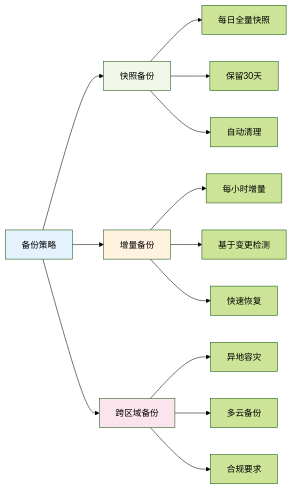
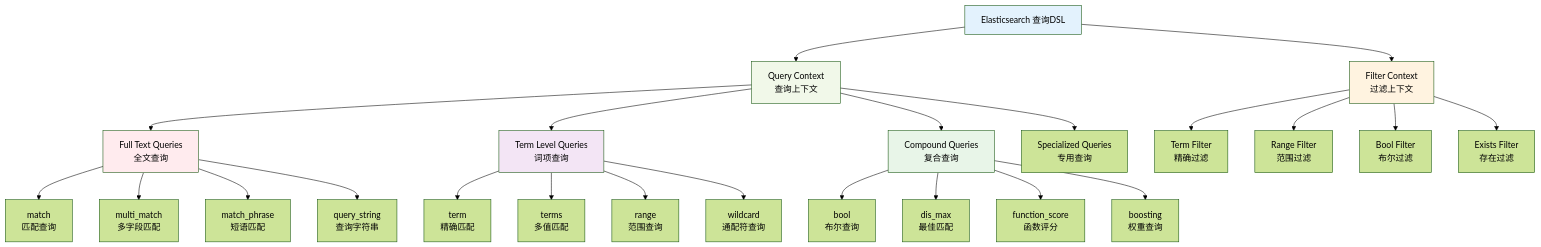
Before and after one commit to ralph-wren/TechStack-Handbook: diagram 20 of 30 in 32.elasticsearch.md, drawn with Mermaid (forest theme). The commit also changed other lines of this file and 2 other files, not shown here.

````diff
--- a/32.elasticsearch.md
+++ b/32.elasticsearch.md
@@ -1064,23 +1064,37 @@
 ```mermaid
-graph LR
-    A["备份策略"] --> B["快照备份"]
-    A --> C["增量备份"]
-    A --> D["跨区域备份"]
+graph TB
+    A["Elasticsearch 查询DSL"] --> B["Query Context<br/>查询上下文"]
+    A --> C["Filter Context<br/>过滤上下文"]
     
-    B --> B1["每日全量快照"]
-    B --> B2["保留30天"]
-    B --> B3["自动清理"]
+    B --> B1["Full Text Queries<br/>全文查询"]
+    B --> B2["Term Level Queries<br/>词项查询"]
+    B --> B3["Compound Queries<br/>复合查询"]
+    B --> B4["Specialized Queries<br/>专用查询"]
     
-    C --> C1["每小时增量"]
-    C --> C2["基于变更检测"]
-    C --> C3["快速恢复"]
+    C --> C1["Term Filter<br/>精确过滤"]
+    C --> C2["Range Filter<br/>范围过滤"]
+    C --> C3["Bool Filter<br/>布尔过滤"]
+    C --> C4["Exists Filter<br/>存在过滤"]
     
-    D --> D1["异地容灾"]
-    D --> D2["多云备份"]
-    D --> D3["合规要求"]
+    B1 --> B11["match<br/>匹配查询"]
+    B1 --> B12["multi_match<br/>多字段匹配"]
+    B1 --> B13["match_phrase<br/>短语匹配"]
+    B1 --> B14["query_string<br/>查询字符串"]
+    
+    B2 --> B21["term<br/>精确匹配"]
+    B2 --> B22["terms<br/>多值匹配"]
+    B2 --> B23["range<br/>范围查询"]
+    B2 --> B24["wildcard<br/>通配符查询"]
+    
+    B3 --> B31["bool<br/>布尔查询"]
+    B3 --> B32["dis_max<br/>最佳匹配"]
+    B3 --> B33["function_score<br/>函数评分"]
+    B3 --> B34["boosting<br/>权重查询"]
     
     style A fill:#e3f2fd
     style B fill:#f1f8e9
     style C fill:#fff3e0
-    style D fill:#fce4ec
+    style B1 fill:#ffebee
+    style B2 fill:#f3e5f5
+    style B3 fill:#e8f5e8
 ```
````
